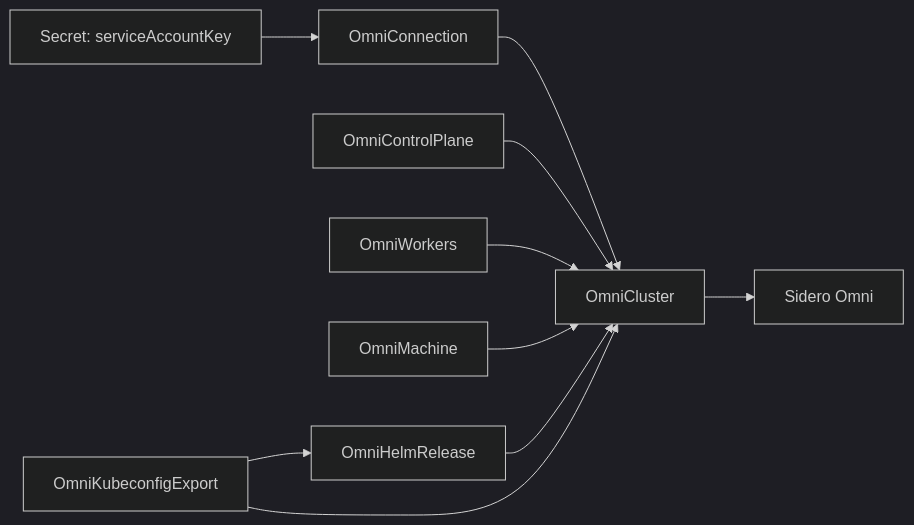
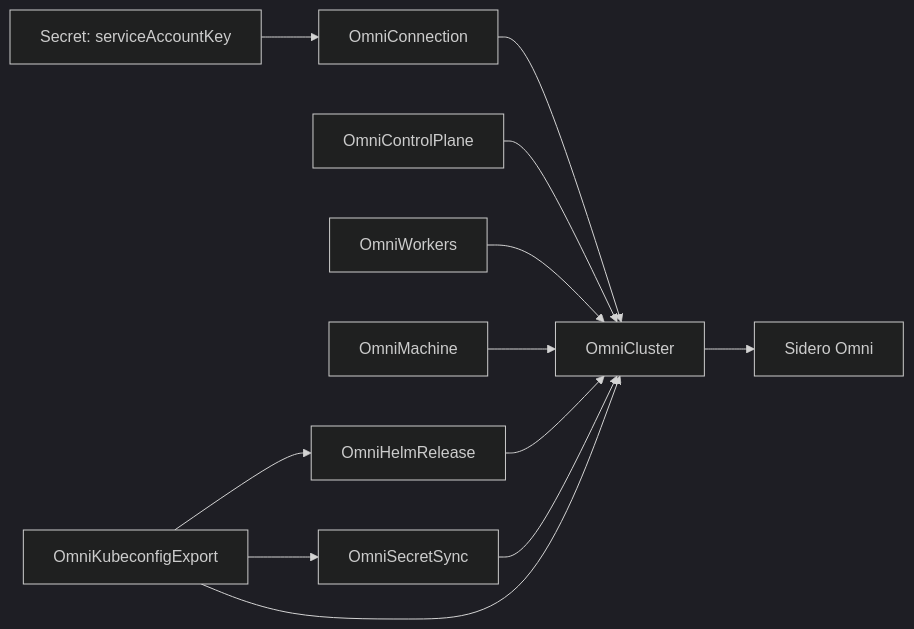
One commit to texas-hpc/omni-cluster-operator changed the diagram in docs/index.md. Above: the diagram before and after it, drawn with Mermaid (dark theme). The commit also changed other lines of this file and 33 other files, not shown here.

````diff
--- a/docs/index.md
+++ b/docs/index.md
@@ -41,12 +42,14 @@
 ```mermaid
 flowchart LR
   Secret["Secret: serviceAccountKey"] --> Connection["OmniConnection"]
   Connection --> Cluster["OmniCluster"]
   ControlPlane["OmniControlPlane"] --> Cluster
   Workers["OmniWorkers"] --> Cluster
   Machine["OmniMachine"] --> Cluster
   Export["OmniKubeconfigExport"] --> HelmRelease["OmniHelmRelease"]
+  Export --> SecretSync["OmniSecretSync"]
   HelmRelease --> Cluster
+  SecretSync --> Cluster
   Export --> Cluster
   Cluster --> Omni["Sidero Omni"]
 ```
````
